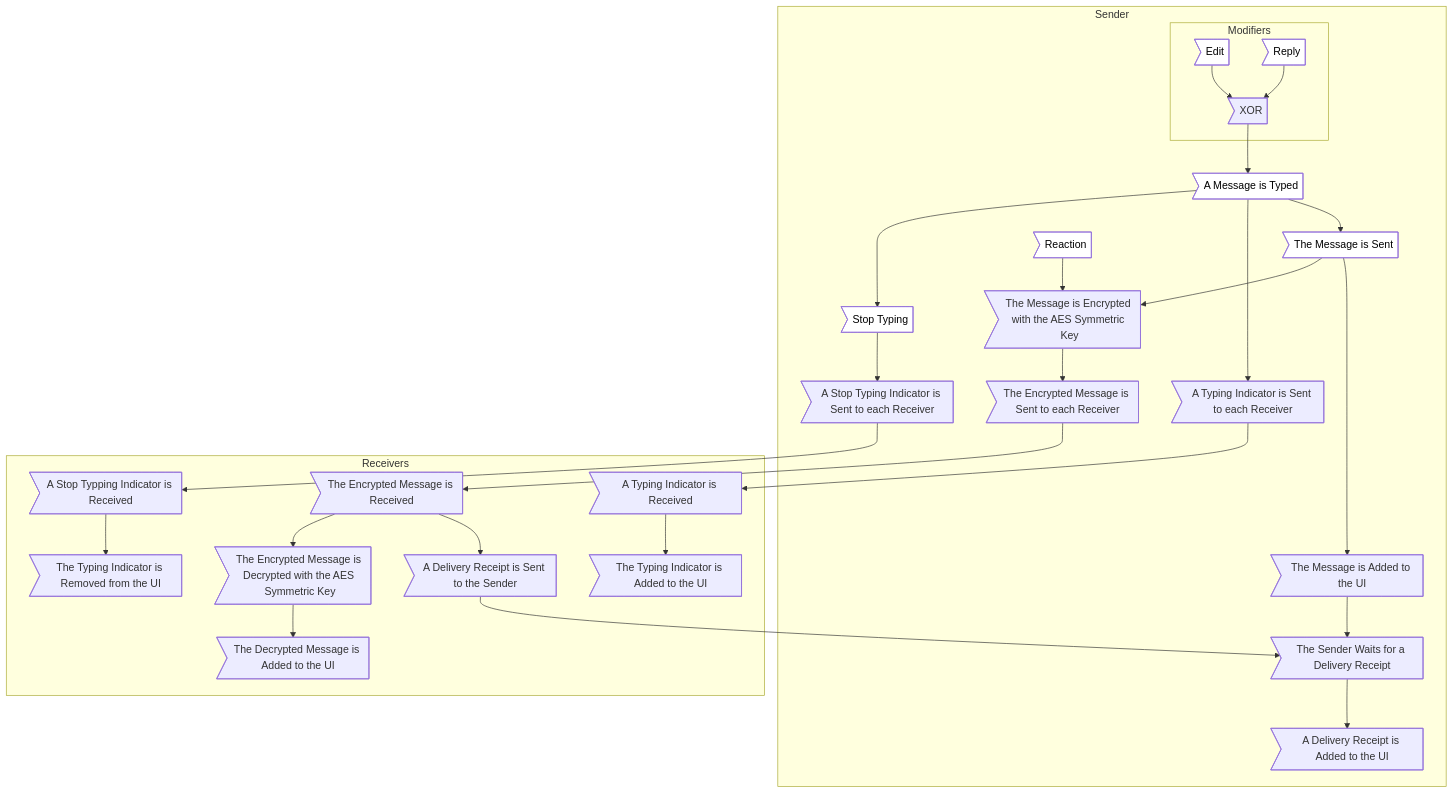
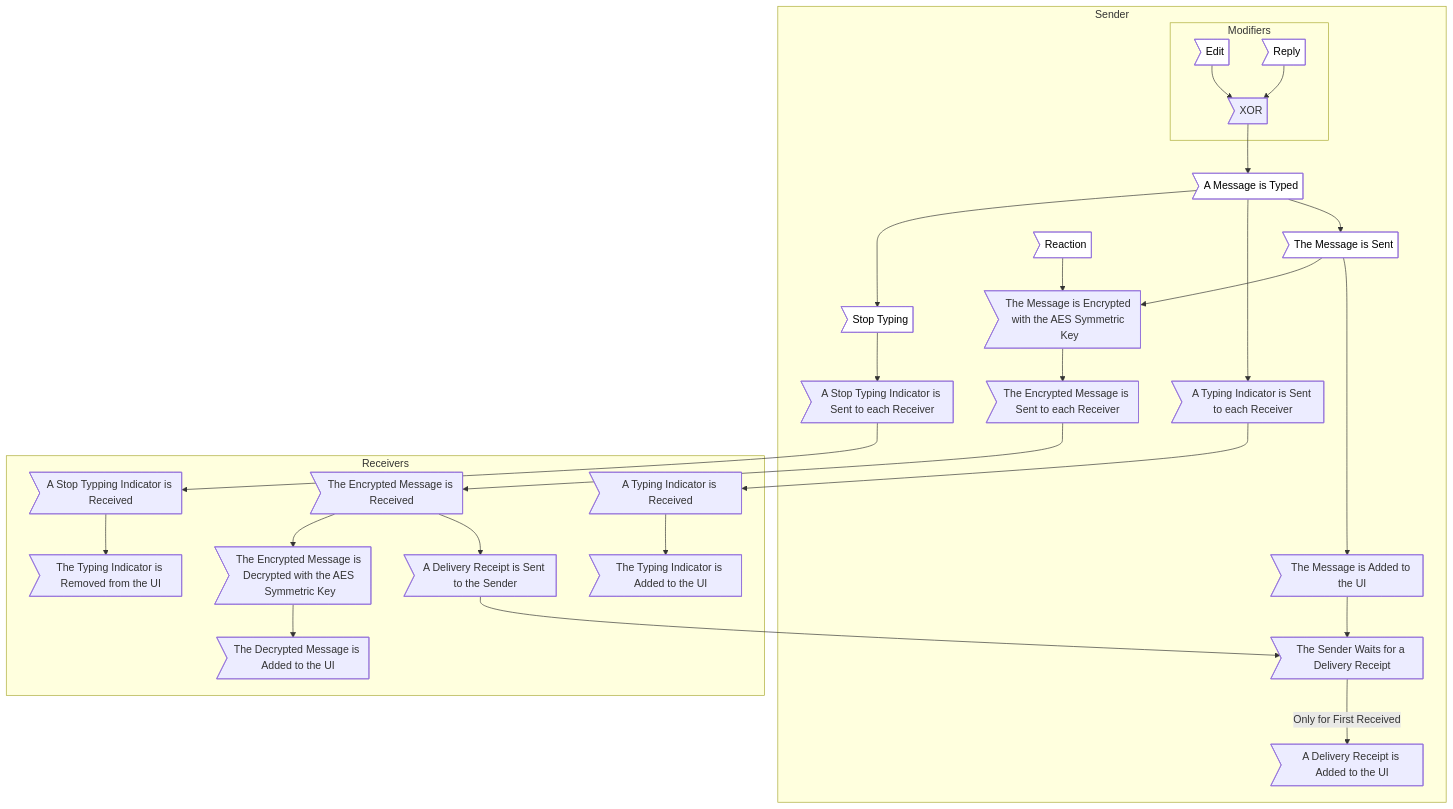
Before and after one commit to xXCrash2BomberXx/TinyChat: the fifth of 5 diagrams in 4+1.md, drawn with Mermaid.

````diff
--- a/4+1.md
+++ b/4+1.md
@@ -132,35 +132,35 @@
 ```mermaid
 graph TB;
   subgraph "Sender"
     subgraph "Modifiers"
       P>Edit] --> O;
       Q>Reply] --> O;
     end
     O>XOR] --> A;
     A>A Message is Typed];
     A --> S>Stop Typing];
     S --> T>A Stop Typing Indicator is Sent to each Receiver];
     A --> B>A Typing Indicator is Sent to each Receiver];
     A --> E>The Message is Sent];
     E --> F>The Message is Encrypted with the AES Symmetric Key];
     R>Reaction] --> F;
     F --> G>The Encrypted Message is Sent to each Receiver];
     E --> L>The Message is Added to the UI];
     L --> M>The Sender Waits for a Delivery Receipt];
-    M --> N>A Delivery Receipt is Added to the UI];
+    M --> |Only for First Received| N>A Delivery Receipt is Added to the UI];
   end
   subgraph "Receivers"
     B --> C>A Typing Indicator is Received];
     C --> D>The Typing Indicator is Added to the UI];
     G --> H>The Encrypted Message is Received];
     H --> I>The Encrypted Message is Decrypted with the AES Symmetric Key];
     I --> J>The Decrypted Message is Added to the UI];
     H --> K>A Delivery Receipt is Sent to the Sender];
     K --> M;
     T --> U>A Stop Typping Indicator is Received];
     U --> V>The Typing Indicator is Removed from the UI];
   end
 
   classDef user fill:#fff,color:#000
   class A,E,P,Q,R,S user;
 ```
````
